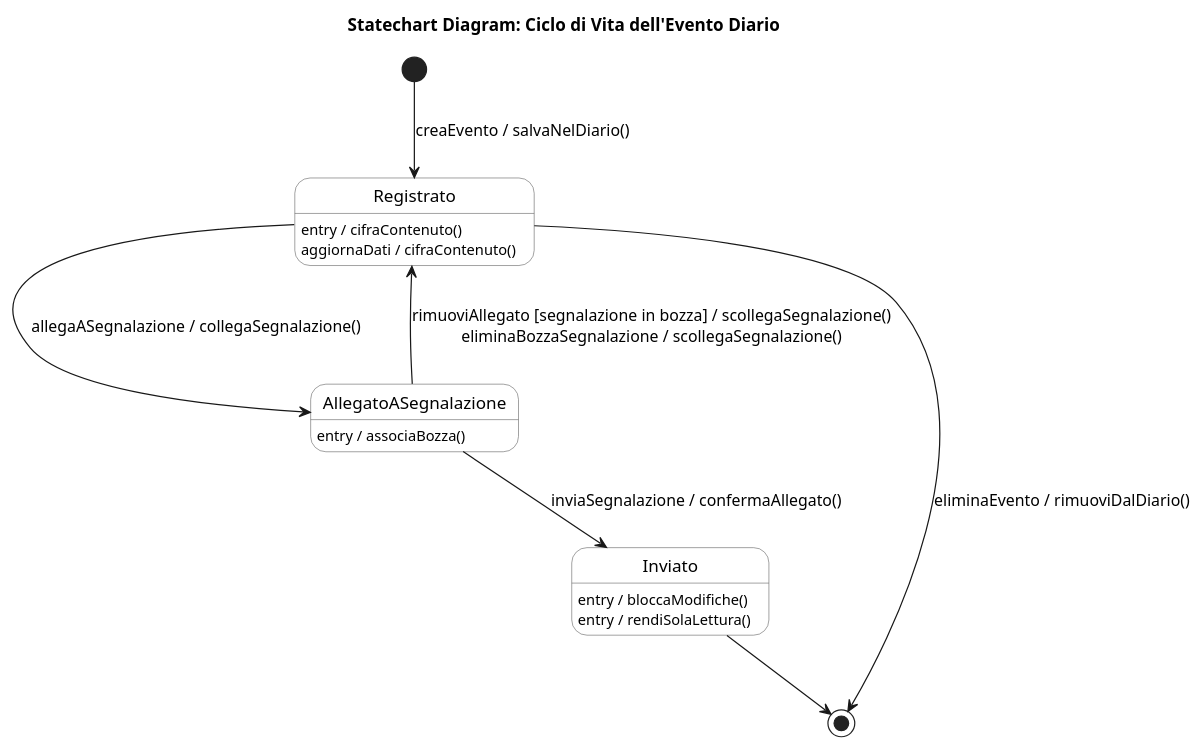
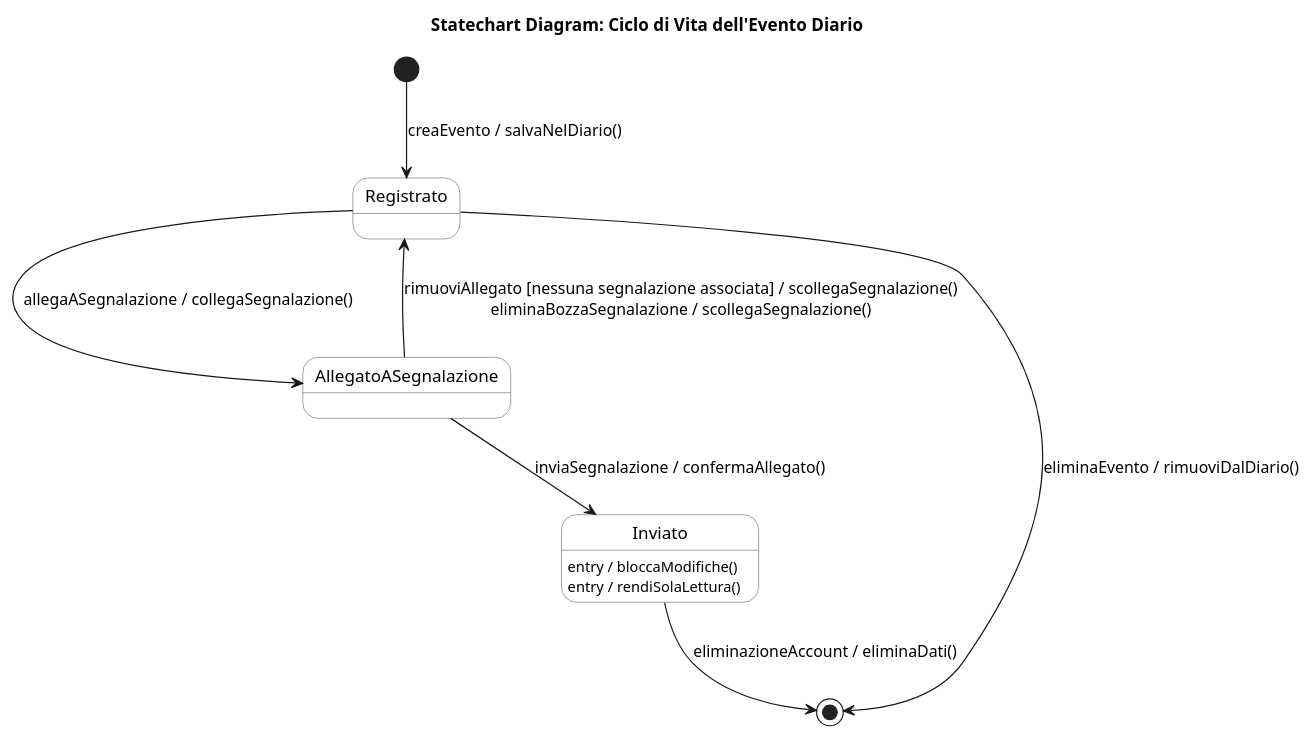
Before and after one commit to pharos-oss/pharos: the diagram in docs/models/statecharts/STD_02_Evento_Diario.puml, drawn with PlantUML. The commit also changed 7 other files, not shown here.

```diff
--- a/docs/models/statecharts/STD_02_Evento_Diario.puml
+++ b/docs/models/statecharts/STD_02_Evento_Diario.puml
@@ -1,32 +1,30 @@
 @startuml
 title Statechart Diagram: Ciclo di Vita dell'Evento Diario
 top to bottom direction
+
 skinparam state {
   BackgroundColor White
   BorderColor #666666
 }
 
 [*] --> Registrato : creaEvento / salvaNelDiario()
 
 state Registrato {
-  Registrato : entry / cifraContenuto()
-  Registrato : aggiornaDati / cifraContenuto()
 }
 
 state AllegatoASegnalazione {
-  AllegatoASegnalazione : entry / associaBozza()
 }
 
 state Inviato {
   Inviato : entry / bloccaModifiche()
   Inviato : entry / rendiSolaLettura()
 }
 
 Registrato --> AllegatoASegnalazione : allegaASegnalazione / collegaSegnalazione()
 Registrato --> [*] : eliminaEvento / rimuoviDalDiario()
 
-AllegatoASegnalazione --> Registrato : rimuoviAllegato [segnalazione in bozza] / scollegaSegnalazione()\neliminaBozzaSegnalazione / scollegaSegnalazione()
+AllegatoASegnalazione --> Registrato : rimuoviAllegato [nessuna segnalazione associata] / scollegaSegnalazione()\neliminaBozzaSegnalazione / scollegaSegnalazione()
 AllegatoASegnalazione --> Inviato : inviaSegnalazione / confermaAllegato()
 
-Inviato --> [*]
+Inviato --> [*] : eliminazioneAccount / eliminaDati()
 @enduml
```
